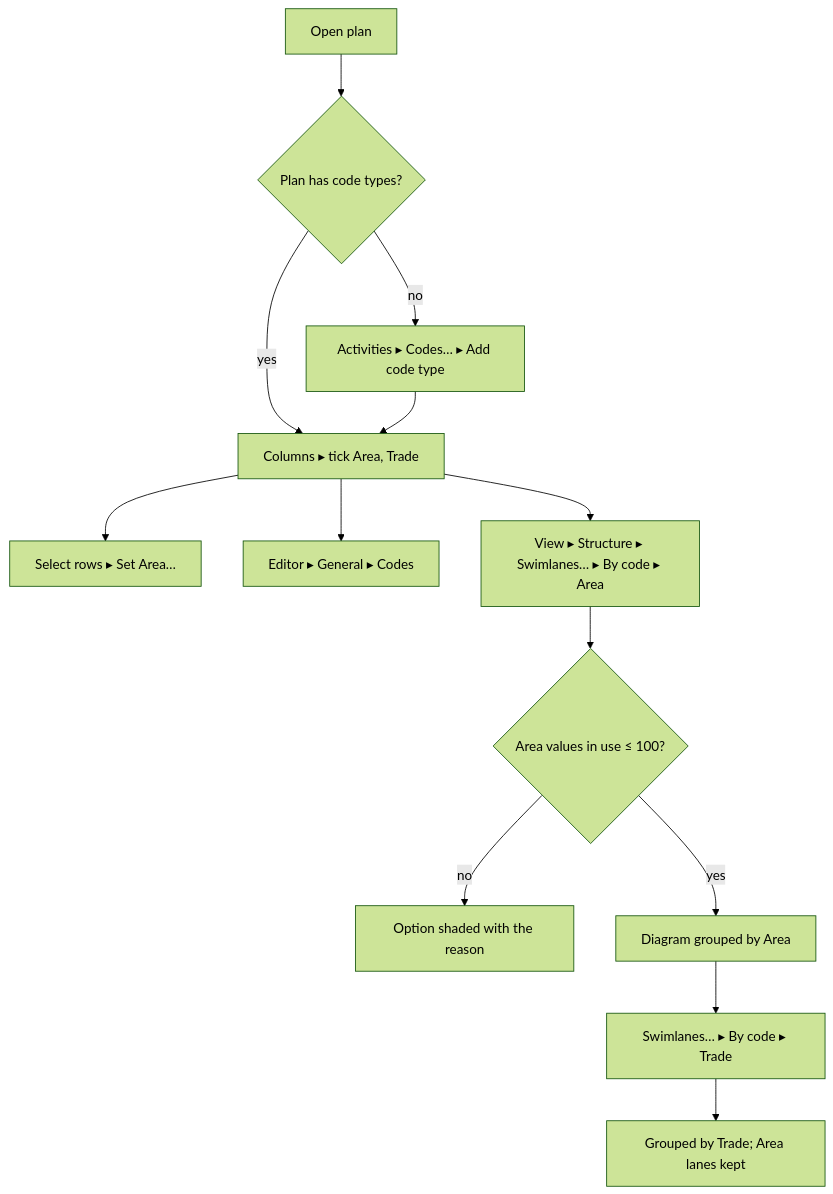
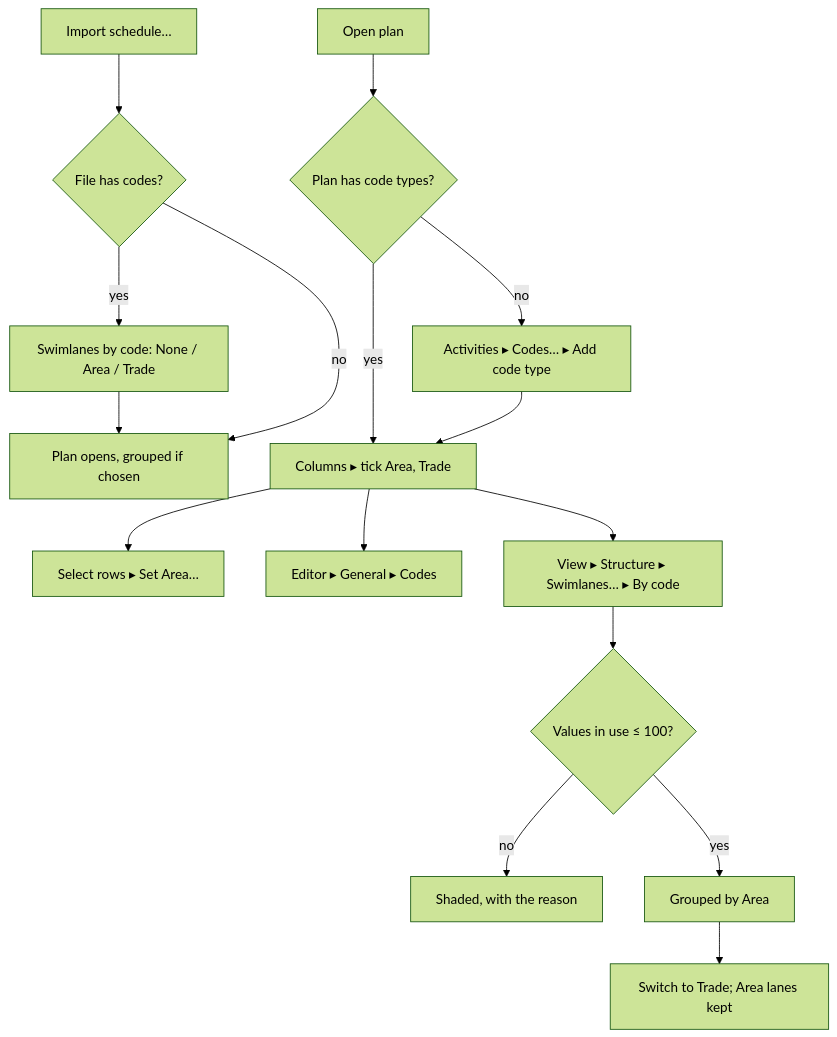
The third of 3 diagrams in docs/specs/p6-activity-codes/spec.md (HuttonHomeHub/SchedulePoint_1), drawn with Mermaid (forest theme) before and after one commit. The commit also changed other lines of this file and 2 other files, not shown here.

First line of the commit message:
docs(docs): add the database design and fold it into the P6 activity-codes spec

````diff
--- a/docs/specs/p6-activity-codes/spec.md
+++ b/docs/specs/p6-activity-codes/spec.md
@@ -432,15 +451,18 @@
 ```mermaid
 flowchart TD
+  I[Import schedule…] --> J{File has codes?}
+  J -- yes --> K[Swimlanes by code: None / Area / Trade]
+  K --> O[Plan opens, grouped if chosen]
+  J -- no --> O
   A[Open plan] --> B{Plan has code types?}
   B -- no --> C[Activities ▸ Codes… ▸ Add code type]
   B -- yes --> D[Columns ▸ tick Area, Trade]
   C --> D
   D --> E[Select rows ▸ Set Area…]
   D --> F[Editor ▸ General ▸ Codes]
-  D --> G[View ▸ Structure ▸ Swimlanes… ▸ By code ▸ Area]
-  G --> H{Area values in use ≤ 100?}
-  H -- no --> I[Option shaded with the reason]
-  H -- yes --> J[Diagram grouped by Area]
-  J --> K[Swimlanes… ▸ By code ▸ Trade]
-  K --> L[Grouped by Trade; Area lanes kept]
+  D --> G[View ▸ Structure ▸ Swimlanes… ▸ By code]
+  G --> H{Values in use ≤ 100?}
+  H -- no --> X[Shaded, with the reason]
+  H -- yes --> Y[Grouped by Area]
+  Y --> Z[Switch to Trade; Area lanes kept]
 ```
````
